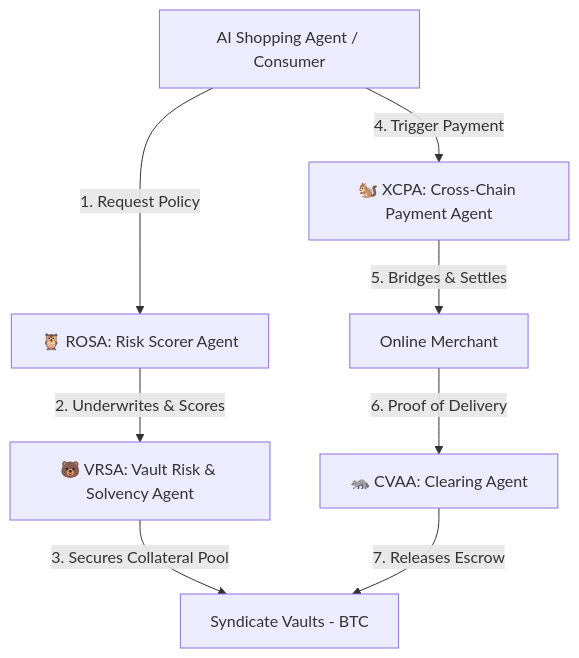
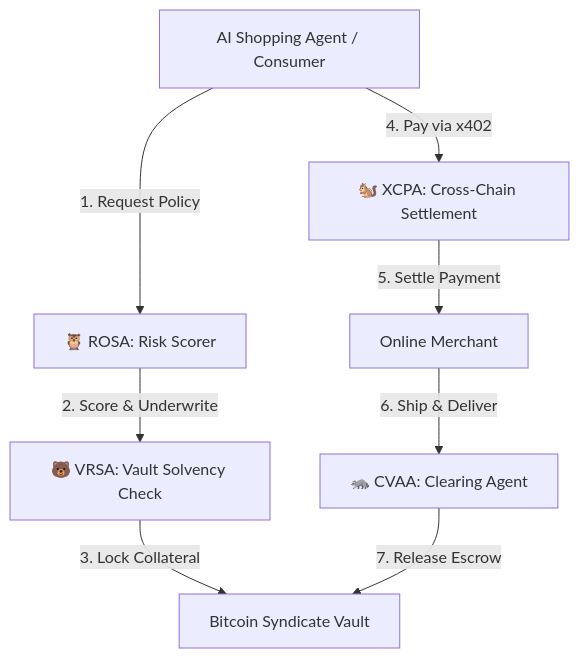
Before and after one commit to AMFilson/Novae-Rog: the diagram in README.md, drawn with Mermaid. The commit also changed other lines of this file, not shown here.

````diff
--- a/README.md
+++ b/README.md
@@ -27,10 +27,10 @@
 ```mermaid
 graph TD
-    User[AI Shopping Agent / Consumer] -->|1. Request Policy| ROSA[🦉 ROSA: Risk Scorer Agent]
-    ROSA -->|2. Underwrites & Scores| VRSA[🐻 VRSA: Vault Risk & Solvency Agent]
-    VRSA -->|3. Secures Collateral Pool| SV[Syndicate Vaults - BTC]
-    User -->|4. Trigger Payment| XCPA[🐿️ XCPA: Cross-Chain Payment Agent]
-    XCPA -->|5. Bridges & Settles| Merchant[Online Merchant]
-    Merchant -->|6. Proof of Delivery| CVAA[🦝 CVAA: Clearing Agent]
-    CVAA -->|7. Releases Escrow| SV
+    User[AI Shopping Agent / Consumer] -->|1. Request Policy| ROSA[🦉 ROSA: Risk Scorer]
+    ROSA -->|2. Score & Underwrite| VRSA[🐻 VRSA: Vault Solvency Check]
+    VRSA -->|3. Lock Collateral| SV[Bitcoin Syndicate Vault]
+    User -->|4. Pay via x402| XCPA[🐿️ XCPA: Cross-Chain Settlement]
+    XCPA -->|5. Settle Payment| Merchant[Online Merchant]
+    Merchant -->|6. Ship & Deliver| CVAA[🦝 CVAA: Clearing Agent]
+    CVAA -->|7. Release Escrow| SV
 ```
````
